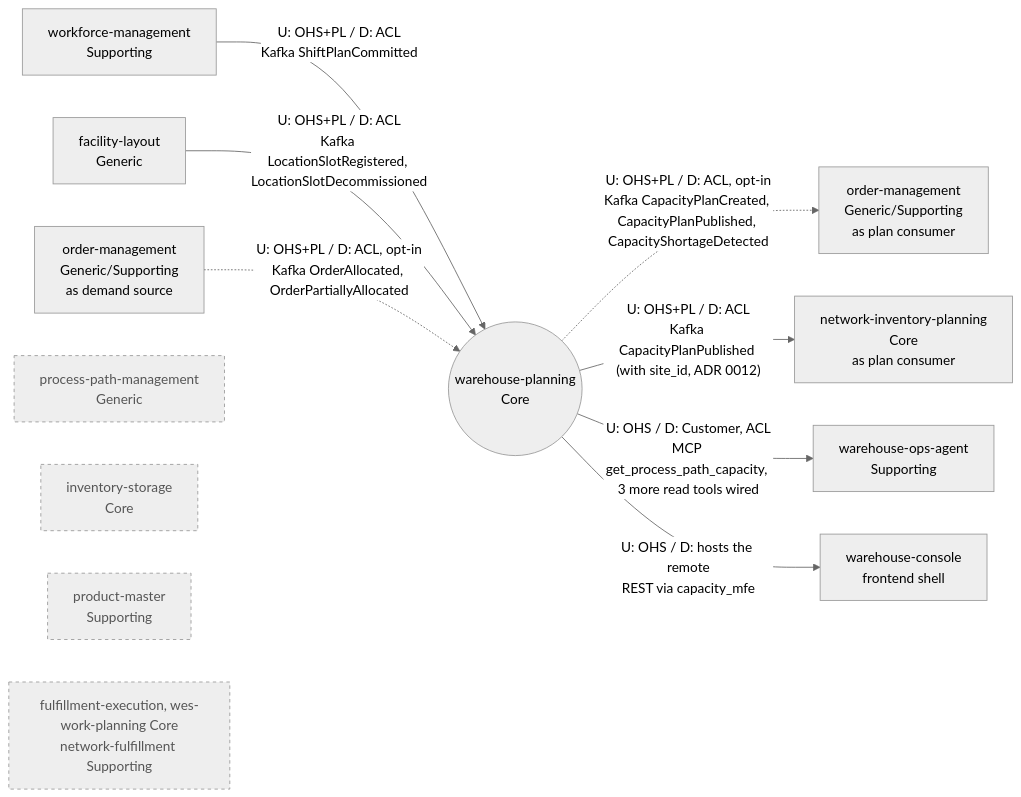
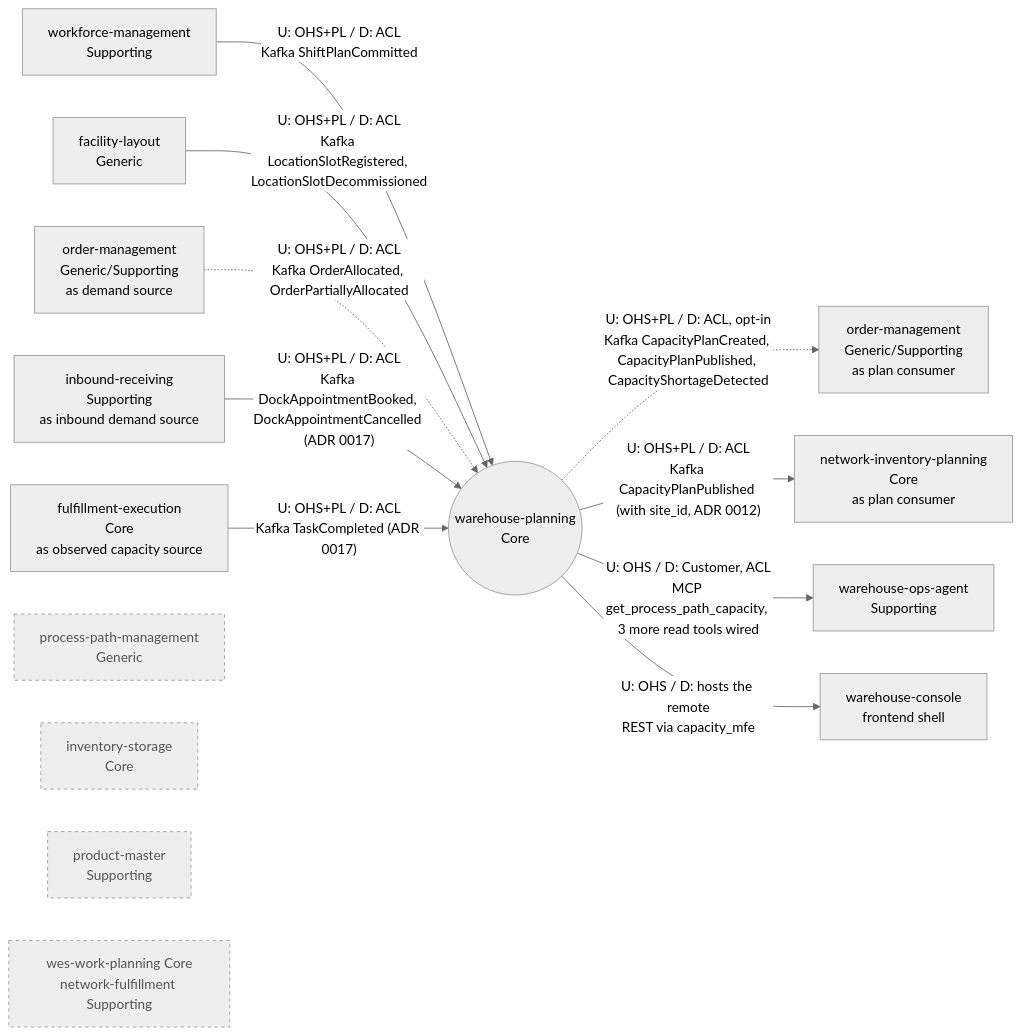
One commit to IQVO/warehouse-docs changed the diagram in docs/contexts/warehouse-planning/context-map.md. Above: the diagram before and after it, drawn with Mermaid (neutral theme). The commit also changed other lines of this file and 237 other files, not shown here.

````diff
--- a/docs/contexts/warehouse-planning/context-map.md
+++ b/docs/contexts/warehouse-planning/context-map.md
@@ -20,31 +20,35 @@
 ```mermaid
 flowchart LR
   WP(("warehouse-planning<br/>Core"))
 
   WFM["workforce-management<br/>Supporting"]
   FL["facility-layout<br/>Generic"]
   OMU["order-management<br/>Generic/Supporting<br/>as demand source"]
   OMD["order-management<br/>Generic/Supporting<br/>as plan consumer"]
+  IRC["inbound-receiving<br/>Supporting<br/>as inbound demand source"]
+  FEX["fulfillment-execution<br/>Core<br/>as observed capacity source"]
   OPS["warehouse-ops-agent<br/>Supporting"]
   CON["warehouse-console<br/>frontend shell"]
   PPM["process-path-management<br/>Generic"]
   INV["inventory-storage<br/>Core"]
   PM["product-master<br/>Supporting"]
   NIP["network-inventory-planning<br/>Core<br/>as plan consumer"]
-  LATER["fulfillment-execution, wes-work-planning Core<br/>network-fulfillment Supporting"]
+  LATER["wes-work-planning Core<br/>network-fulfillment Supporting"]
 
   WFM -- "U: OHS+PL / D: ACL<br/>Kafka ShiftPlanCommitted" --> WP
   FL -- "U: OHS+PL / D: ACL<br/>Kafka LocationSlotRegistered, LocationSlotDecommissioned" --> WP
-  OMU -. "U: OHS+PL / D: ACL, opt-in<br/>Kafka OrderAllocated, OrderPartiallyAllocated" .-> WP
+  OMU -. "U: OHS+PL / D: ACL<br/>Kafka OrderAllocated, OrderPartiallyAllocated" .-> WP
+  IRC -- "U: OHS+PL / D: ACL<br/>Kafka DockAppointmentBooked, DockAppointmentCancelled (ADR 0017)" --> WP
+  FEX -- "U: OHS+PL / D: ACL<br/>Kafka TaskCompleted (ADR 0017)" --> WP
   WP -. "U: OHS+PL / D: ACL, opt-in<br/>Kafka CapacityPlanCreated, CapacityPlanPublished, CapacityShortageDetected" .-> OMD
   WP -- "U: OHS+PL / D: ACL<br/>Kafka CapacityPlanPublished (with site_id, ADR 0012)" --> NIP
   WP -- "U: OHS / D: Customer, ACL<br/>MCP get_process_path_capacity, 3 more read tools wired" --> OPS
   WP -- "U: OHS / D: hosts the remote<br/>REST via capacity_mfe" --> CON
   PPM ~~~ WP
   INV ~~~ WP
   PM ~~~ WP
   LATER ~~~ WP
 
   classDef absent fill:#eeeeee,stroke:#999999,color:#555555,stroke-dasharray: 4 4
   class PPM,INV,PM,LATER absent
 ```
````
